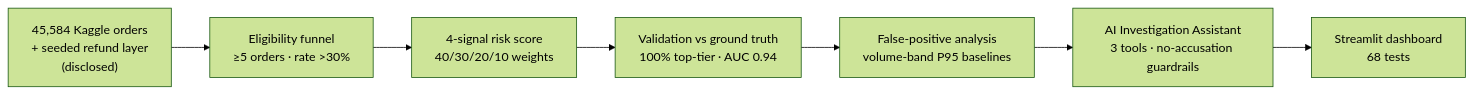
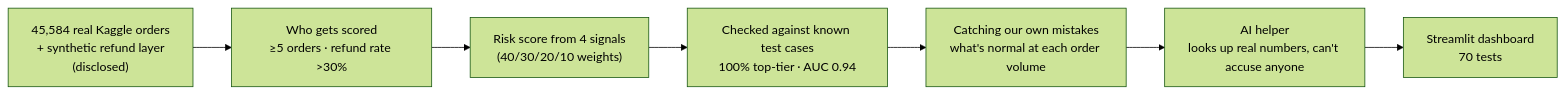
One commit to rishi-1603/zomato-refund-fraud-analytics changed the diagram in README.md. Above: the diagram before and after it, drawn with Mermaid (forest theme). The commit also changed other lines of this file and 5 other files, not shown here.

First line of the commit message:
Fix AI Investigation Assistant + baseline section; humanize UI/README copy

````diff
--- a/README.md
+++ b/README.md
@@ -61,9 +63,9 @@
 ```mermaid
 flowchart LR
-    A["45,584 Kaggle orders<br/>+ seeded refund layer<br/>(disclosed)"] --> B["Eligibility funnel<br/>≥5 orders · rate >30%"]
-    B --> C["4-signal risk score<br/>40/30/20/10 weights"]
-    C --> D["Validation vs ground truth<br/>100% top-tier · AUC 0.94"]
-    D --> E["False-positive analysis<br/>volume-band P95 baselines"]
-    E --> F["AI Investigation Assistant<br/>3 tools · no-accusation guardrails"]
-    F --> G["Streamlit dashboard<br/>68 tests"]
+    A["45,584 real Kaggle orders<br/>+ synthetic refund layer<br/>(disclosed)"] --> B["Who gets scored<br/>≥5 orders · refund rate >30%"]
+    B --> C["Risk score from 4 signals<br/>(40/30/20/10 weights)"]
+    C --> D["Checked against known test cases<br/>100% top-tier · AUC 0.94"]
+    D --> E["Catching our own mistakes<br/>what's normal at each order volume"]
+    E --> F["AI helper<br/>looks up real numbers, can't accuse anyone"]
+    F --> G["Streamlit dashboard<br/>70 tests"]
 ```
````
